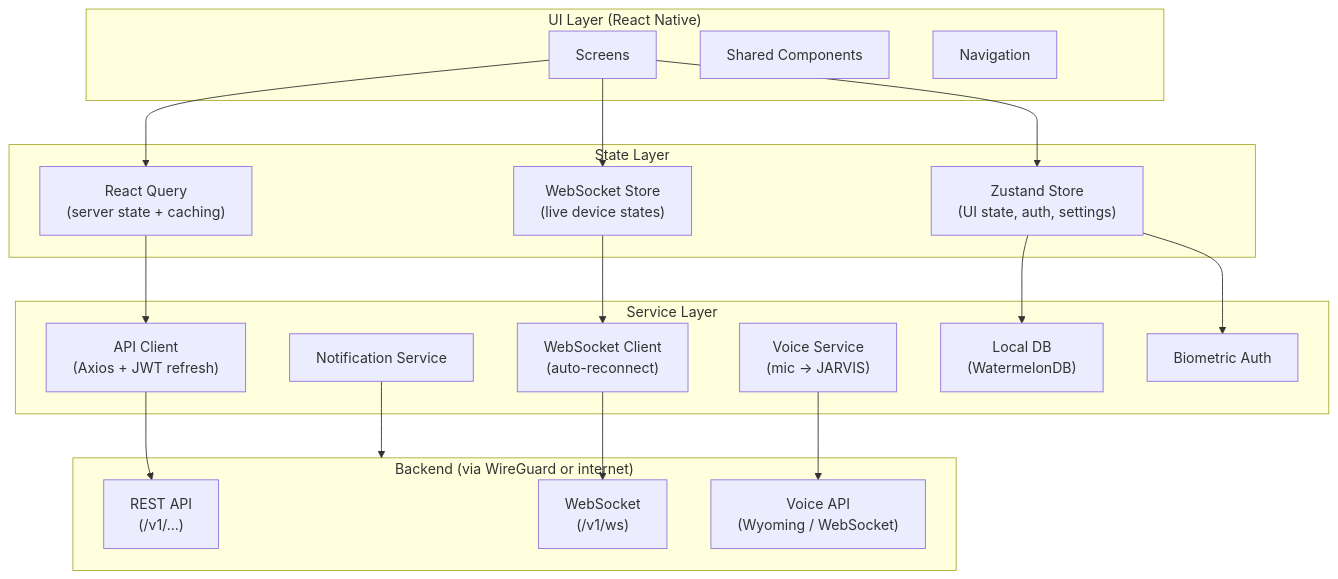
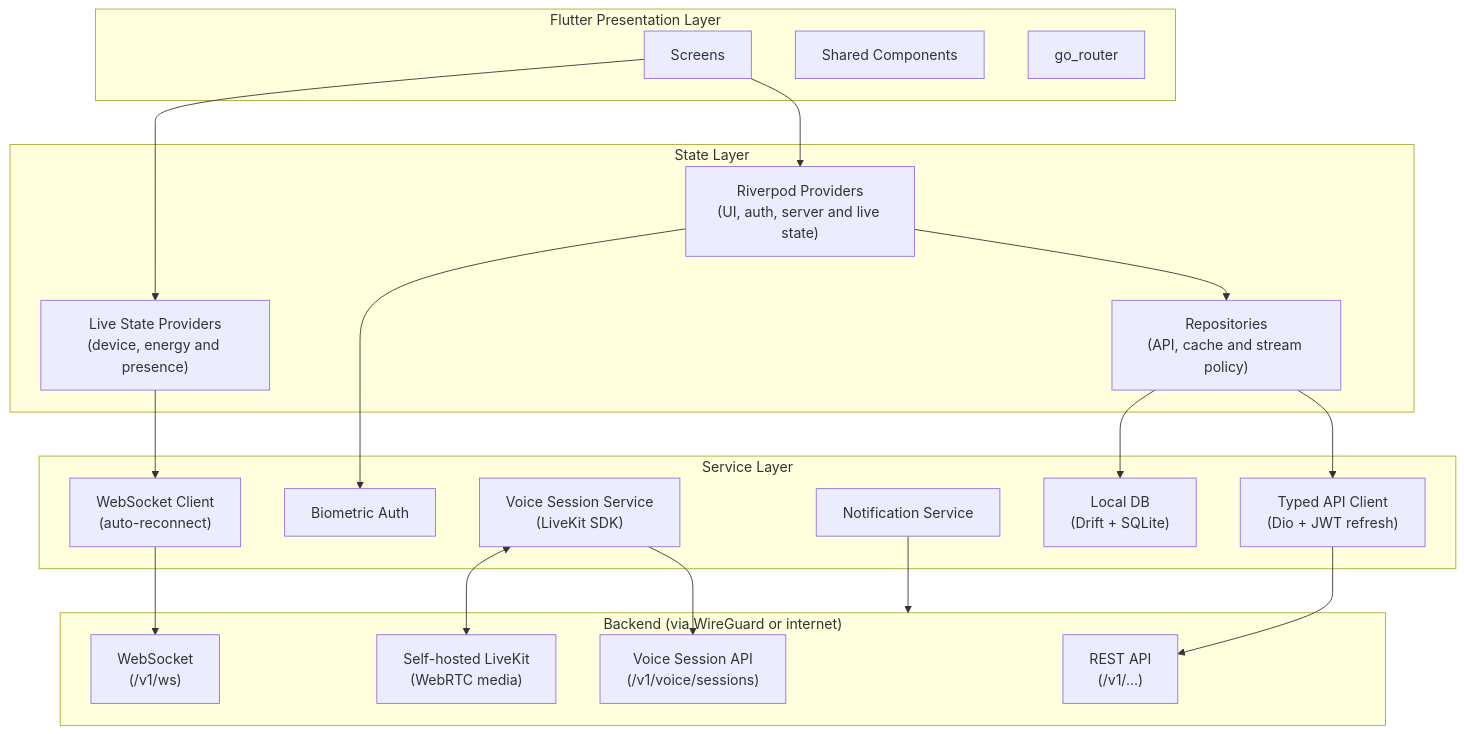
One commit to donzeg/AI-Home-OS changed the diagram in docs/Chapter-13-Mobile-Application.md. Above: the diagram before and after it, drawn with Mermaid. The commit also changed other lines of this file and 21 other files, not shown here.

````diff
--- a/docs/Chapter-13-Mobile-Application.md
+++ b/docs/Chapter-13-Mobile-Application.md
@@ -153,43 +159,44 @@
 ```mermaid
 flowchart TD
-    subgraph UI["UI Layer (React Native)"]
+    subgraph UI["Flutter Presentation Layer"]
         SCREENS["Screens"]
         COMPONENTS["Shared Components"]
-        NAVIGATION["Navigation"]
+        NAVIGATION["go_router"]
     end
 
     subgraph STATE["State Layer"]
-        ZUSTAND["Zustand Store\n(UI state, auth, settings)"]
-        REACT_QUERY["React Query\n(server state + caching)"]
-        WS_STORE["WebSocket Store\n(live device states)"]
+        RIVERPOD["Riverpod Providers\n(UI, auth, server and live state)"]
+        REPOSITORIES["Repositories\n(API, cache and stream policy)"]
+        WS_STATE["Live State Providers\n(device, energy and presence)"]
     end
 
     subgraph SERVICES["Service Layer"]
-        API_CLIENT["API Client\n(Axios + JWT refresh)"]
+        API_CLIENT["Typed API Client\n(Dio + JWT refresh)"]
         WS_CLIENT["WebSocket Client\n(auto-reconnect)"]
-        VOICE_SERVICE["Voice Service\n(mic → JARVIS)"]
+        VOICE_SERVICE["Voice Session Service\n(LiveKit SDK)"]
         NOTIF_SERVICE["Notification Service"]
-        LOCAL_DB["Local DB\n(WatermelonDB)"]
+        LOCAL_DB["Local DB\n(Drift + SQLite)"]
         BIOMETRICS["Biometric Auth"]
     end
 
     subgraph BACKEND["Backend (via WireGuard or internet)"]
         REST_API["REST API\n(/v1/...)"]
         WS_API["WebSocket\n(/v1/ws)"]
-        VOICE_API["Voice API\n(Wyoming / WebSocket)"]
+        VOICE_SESSION_API["Voice Session API\n(/v1/voice/sessions)"]
+        LIVEKIT["Self-hosted LiveKit\n(WebRTC media)"]
     end
 
-    SCREENS --> ZUSTAND
-    SCREENS --> REACT_QUERY
-    SCREENS --> WS_STORE
-
-    REACT_QUERY --> API_CLIENT
-    WS_STORE --> WS_CLIENT
-    ZUSTAND --> LOCAL_DB
-    ZUSTAND --> BIOMETRICS
+    SCREENS --> RIVERPOD
+    SCREENS --> WS_STATE
+    RIVERPOD --> REPOSITORIES
+    REPOSITORIES --> API_CLIENT
+    REPOSITORIES --> LOCAL_DB
+    WS_STATE --> WS_CLIENT
+    RIVERPOD --> BIOMETRICS
 
     API_CLIENT --> REST_API
     WS_CLIENT --> WS_API
-    VOICE_SERVICE --> VOICE_API
+    VOICE_SERVICE --> VOICE_SESSION_API
+    VOICE_SERVICE <--> LIVEKIT
     NOTIF_SERVICE --> BACKEND
 ```
````
